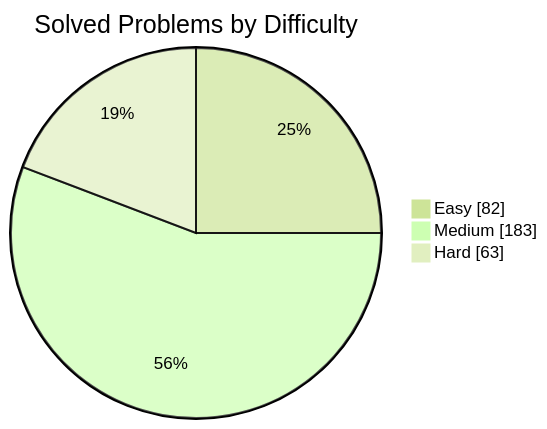
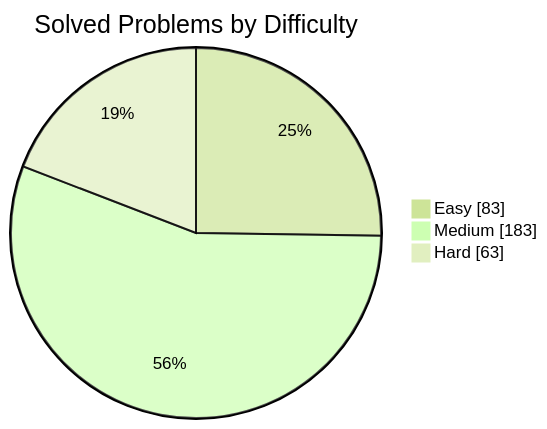
The first of 2 diagrams in README.md (manikantbindass/DSA-Preparation-FAANG), drawn with Mermaid (forest theme) before and after one commit. The commit also changed other lines of this file and 1 other file, not shown here.

````diff
--- a/README.md
+++ b/README.md
@@ -77,7 +77,7 @@
 ```mermaid
 pie showData
     title Solved Problems by Difficulty
-    "Easy" : 82
+    "Easy" : 83
     "Medium" : 183
     "Hard" : 63
 ```
````
